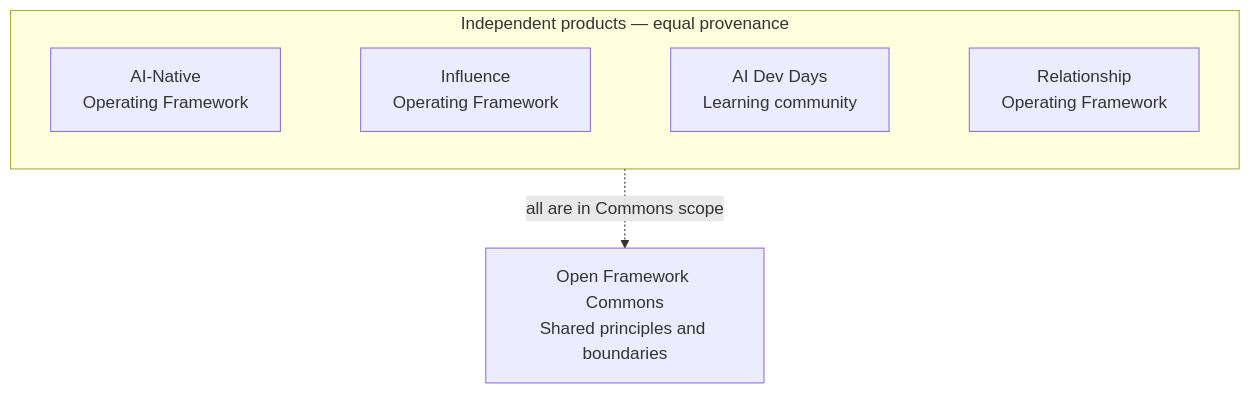
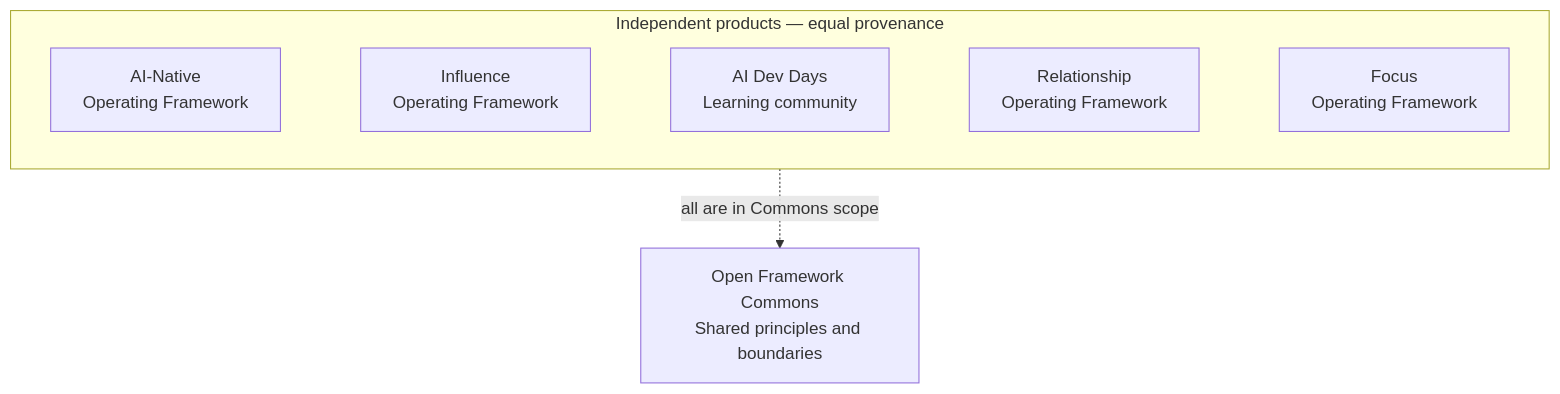
Before and after one commit to BradGroux/open-framework-commons: the diagram in README.md, drawn with Mermaid. The commit also changed other lines of this file and 21 other files, not shown here.

````diff
--- a/README.md
+++ b/README.md
@@ -20,18 +21,20 @@
 ```mermaid
 flowchart TB
   subgraph products["Independent products — equal provenance"]
     direction LR
     native["AI-Native<br/>Operating Framework"]
     influence["Influence<br/>Operating Framework"]
     devdays["AI Dev Days<br/>Learning community"]
     relationship["Relationship<br/>Operating Framework"]
+    focus["Focus<br/>Operating Framework"]
 
     native ~~~ influence
     influence ~~~ devdays
     devdays ~~~ relationship
+    relationship ~~~ focus
   end
 
   commons["Open Framework Commons<br/>Shared principles and boundaries"]
 
   products -. "all are in Commons scope" .-> commons
 ```
````
